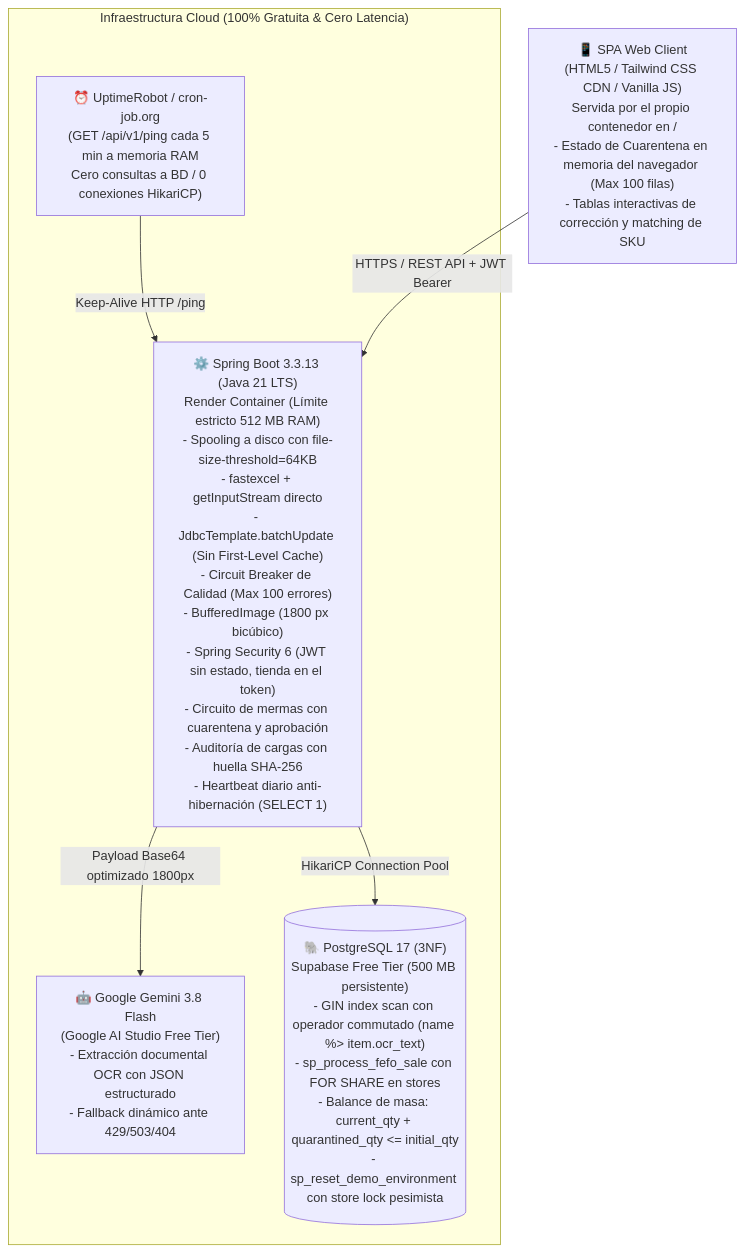
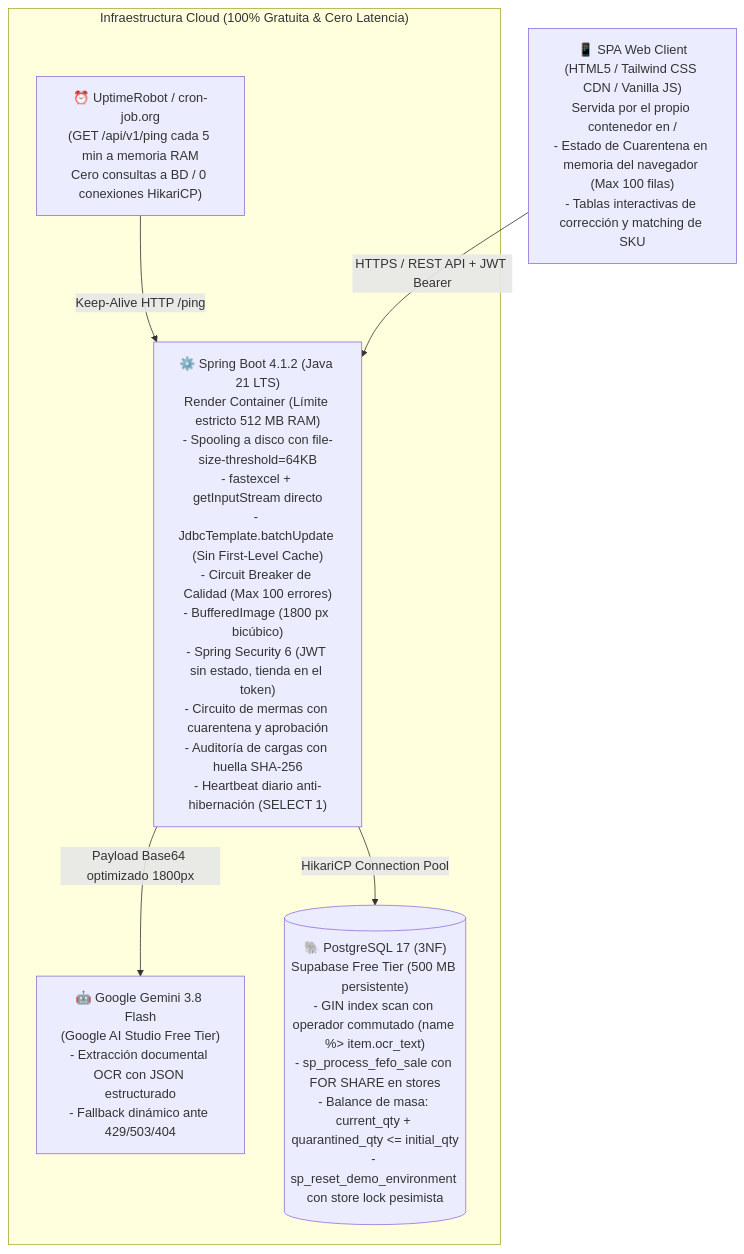
Before and after one commit to MrOdar/kardo: the first of 2 diagrams in docs/ARCHITECTURE_SPEC.md, drawn with Mermaid. The commit also changed other lines of this file and 13 other files, not shown here.

First line of the commit message:
feat(deps): migrar a Spring Boot 4.1.2

````diff
--- a/docs/ARCHITECTURE_SPEC.md
+++ b/docs/ARCHITECTURE_SPEC.md
@@ -16,19 +16,19 @@
 ```mermaid
 flowchart TD
     Client["📱 SPA Web Client\n(HTML5 / Tailwind CSS CDN / Vanilla JS)\nServida por el propio contenedor en /\n- Estado de Cuarentena en memoria del navegador (Max 100 filas)\n- Tablas interactivas de corrección y matching de SKU"]
     
     subgraph Cloud_Free_Tier ["Infraestructura Cloud (100% Gratuita & Cero Latencia)"]
         UptimeMonitor["⏰ UptimeRobot / cron-job.org\n(GET /api/v1/ping cada 5 min a memoria RAM\nCero consultas a BD / 0 conexiones HikariCP)"]
         
-        Backend["⚙️ Spring Boot 3.3.13 (Java 21 LTS)\nRender Container (Límite estricto 512 MB RAM)\n- Spooling a disco con file-size-threshold=64KB\n- fastexcel + getInputStream directo\n- JdbcTemplate.batchUpdate (Sin First-Level Cache)\n- Circuit Breaker de Calidad (Max 100 errores)\n- BufferedImage (1800 px bicúbico)\n- Spring Security 6 (JWT sin estado, tienda en el token)\n- Circuito de mermas con cuarentena y aprobación\n- Auditoría de cargas con huella SHA-256\n- Heartbeat diario anti-hibernación (SELECT 1)"]
+        Backend["⚙️ Spring Boot 4.1.2 (Java 21 LTS)\nRender Container (Límite estricto 512 MB RAM)\n- Spooling a disco con file-size-threshold=64KB\n- fastexcel + getInputStream directo\n- JdbcTemplate.batchUpdate (Sin First-Level Cache)\n- Circuit Breaker de Calidad (Max 100 errores)\n- BufferedImage (1800 px bicúbico)\n- Spring Security 6 (JWT sin estado, tienda en el token)\n- Circuito de mermas con cuarentena y aprobación\n- Auditoría de cargas con huella SHA-256\n- Heartbeat diario anti-hibernación (SELECT 1)"]
         
         Gemini["🤖 Google Gemini 3.8 Flash\n(Google AI Studio Free Tier)\n- Extracción documental OCR con JSON estructurado\n- Fallback dinámico ante 429/503/404"]
         
         DB[("🐘 PostgreSQL 17 (3NF)\nSupabase Free Tier (500 MB persistente)\n- GIN index scan con operador commutado (name %> item.ocr_text)\n- sp_process_fefo_sale con FOR SHARE en stores\n- Balance de masa: current_qty + quarantined_qty <= initial_qty\n- sp_reset_demo_environment con store lock pesimista")]
     end
 
     UptimeMonitor -->|Keep-Alive HTTP /ping| Backend
     Client -->|HTTPS / REST API + JWT Bearer| Backend
     Backend -->|Payload Base64 optimizado 1800px| Gemini
     Backend -->|HikariCP Connection Pool| DB
 ```
````
